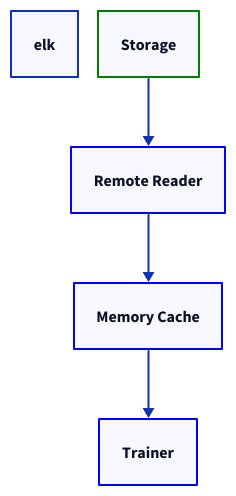
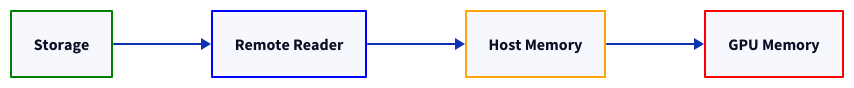
One commit to 111qqz/111qqz.github.io changed the diagram in images/dataloader-to-remote-dataloader/cold-path.d2. Above: the diagram before and after it, drawn with D2. The commit also changed 4262 other files, not shown here.

Commit message:
fix: 修复 D2 配图显示尺寸过大问题并优化文章图表布局 111qqz/hugo-blog@676d4325cba7819ac391c37e539dd3b8ec0dd11f

```diff
--- a/images/dataloader-to-remote-dataloader/cold-path.d2
+++ b/images/dataloader-to-remote-dataloader/cold-path.d2
@@ -1,14 +1,8 @@
-layout-engine: elk
-direction: down
+direction: right
 
 Storage: { style.stroke: green }
 Remote Reader: { style.stroke: blue }
-Memory Cache: { style.stroke: blue }
-Trainer: {
-  style.stroke: blue
-  style.bold: true
-}
+Host Memory: { style.stroke: orange }
+GPU Memory: { style.stroke: red }
 
-Storage -> Remote Reader
-Remote Reader -> Memory Cache
-Memory Cache -> Trainer
+Storage -> Remote Reader -> Host Memory -> GPU Memory
```
